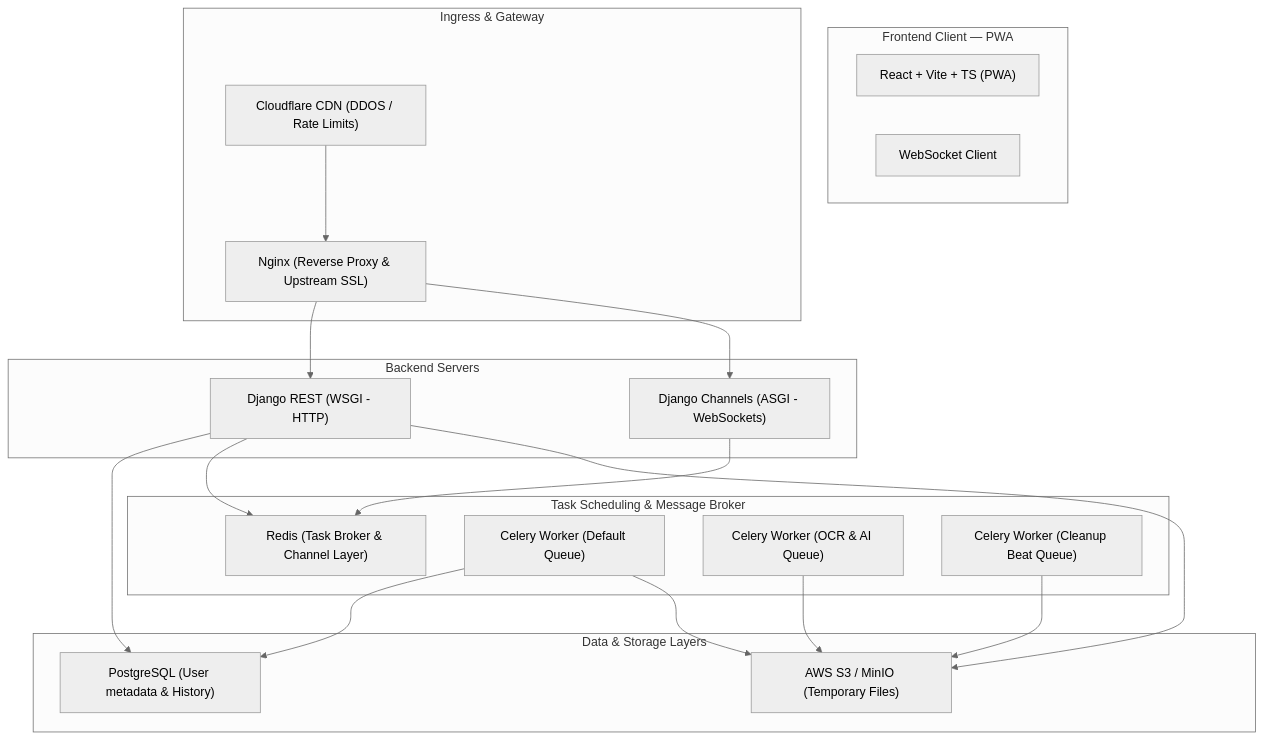
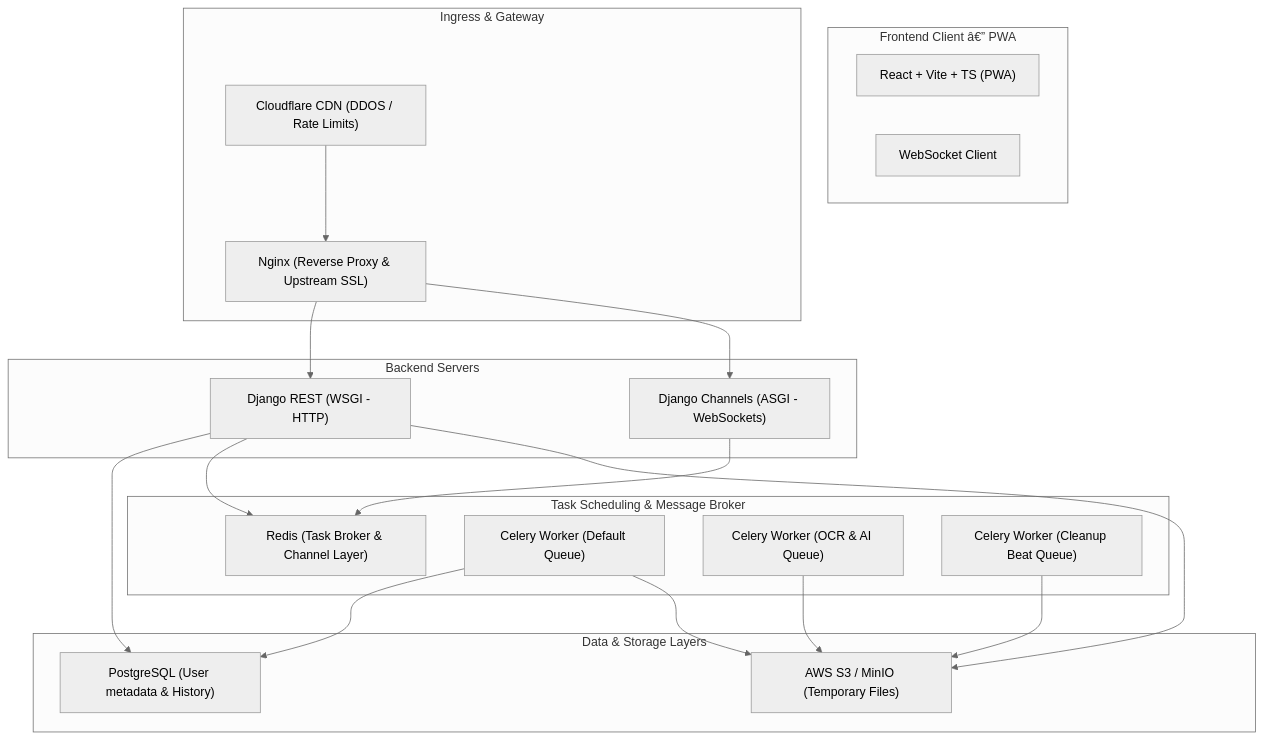
One commit to Easwarp45/Morphix changed the first of 4 diagrams in README.md. Above: the diagram before and after it, drawn with Mermaid (neutral theme). The commit also changed other lines of this file and 86 other files, not shown here.

````diff
--- a/README.md
+++ b/README.md
@@ -25,41 +25,41 @@
 ```mermaid
 graph TB
-    subgraph "Frontend Client — PWA"
+    subgraph "Frontend Client â€” PWA"
         FE["React + Vite + TS (PWA)"]
         WS_Client["WebSocket Client"]
     end
 
     subgraph "Ingress & Gateway"
         CF["Cloudflare CDN (DDOS / Rate Limits)"]
         NG["Nginx (Reverse Proxy & Upstream SSL)"]
     end
 
     subgraph "Backend Servers"
         DJ["Django REST (WSGI - HTTP)"]
         CH["Django Channels (ASGI - WebSockets)"]
     end
 
     subgraph "Task Scheduling & Message Broker"
         RD["Redis (Task Broker & Channel Layer)"]
         Celery_Default["Celery Worker (Default Queue)"]
         Celery_Heavy["Celery Worker (OCR & AI Queue)"]
         Celery_Clean["Celery Worker (Cleanup Beat Queue)"]
     end
 
     subgraph "Data & Storage Layers"
         PG["PostgreSQL (User metadata & History)"]
         S3["AWS S3 / MinIO (Temporary Files)"]
     end
 
     CF --> NG
     NG --> DJ
     NG --> CH
     CH --> RD
     DJ --> PG
     DJ --> RD
     DJ --> S3
     Celery_Default --> PG
     Celery_Default --> S3
     Celery_Heavy --> S3
     Celery_Clean --> S3
 ```
````
